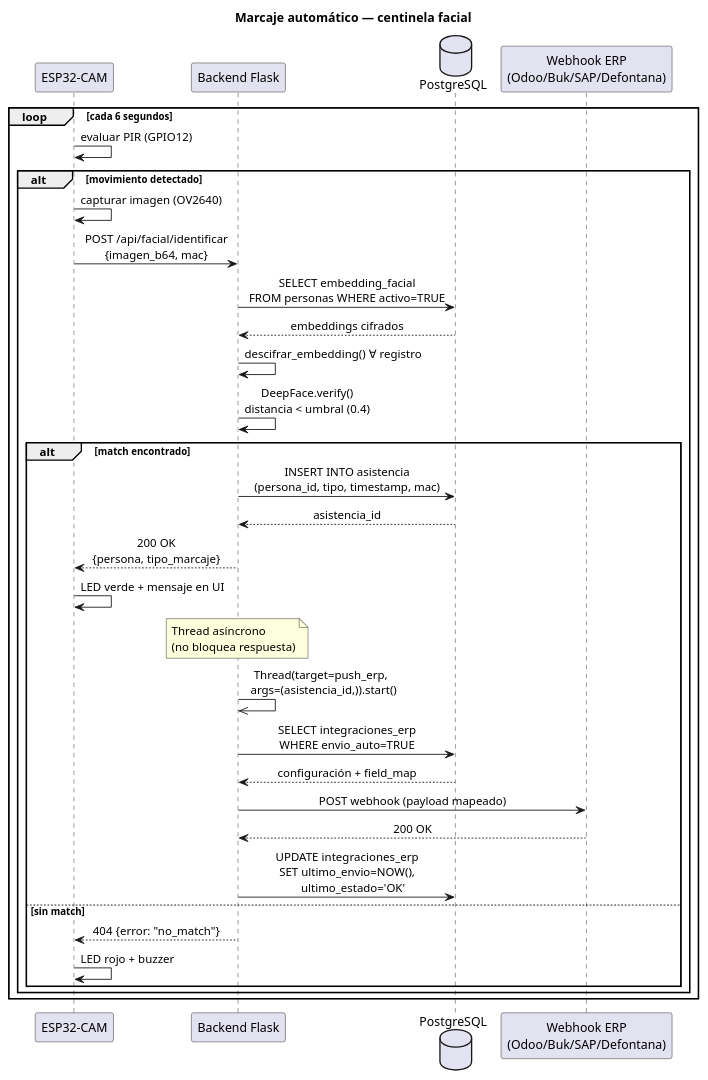
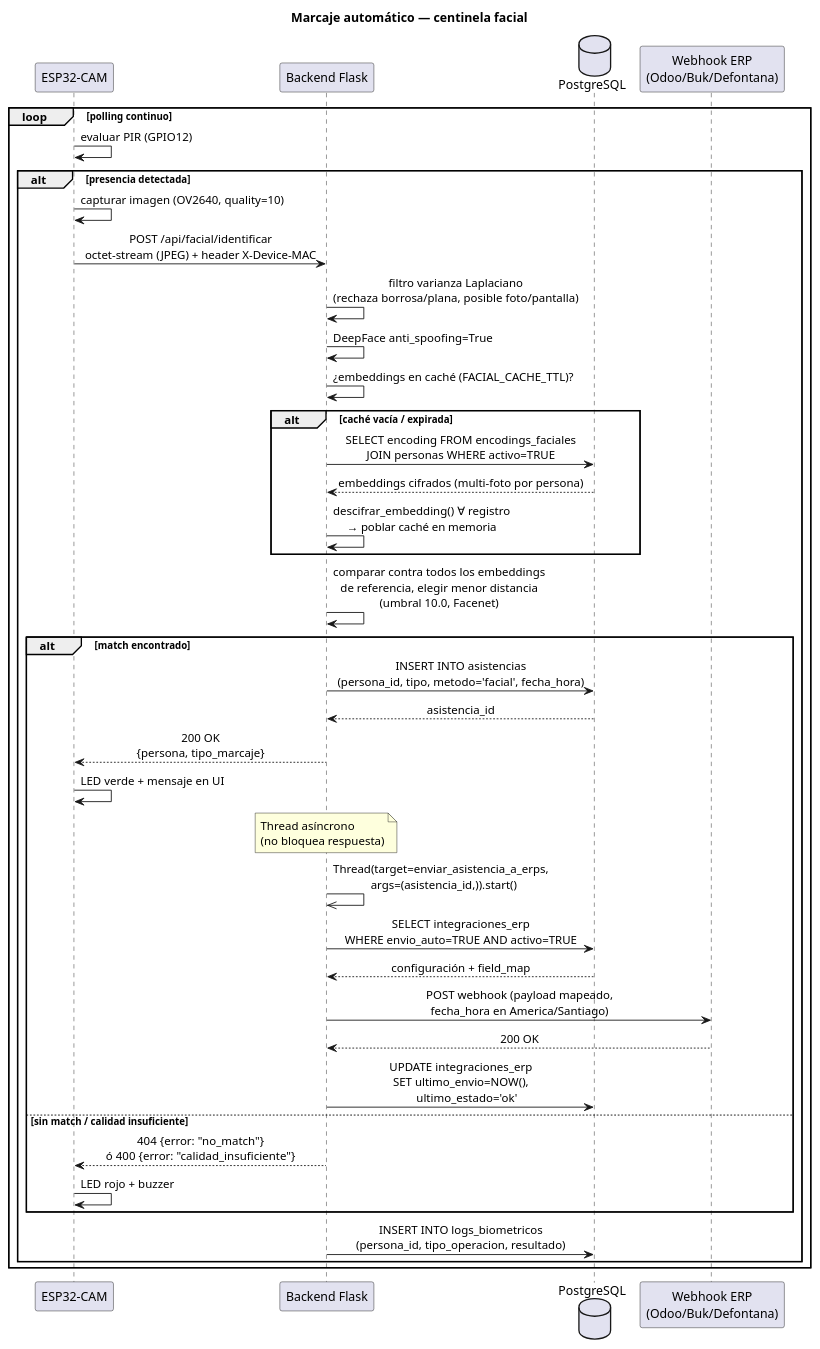
Before and after one commit to BorgTb/AsistenciaBackendFinal: the diagram in Informe/diagrams/02_flujo_marcaje_automatico.puml, drawn with PlantUML. The commit also changed 218 other files, not shown here.

```diff
--- a/Informe/diagrams/02_flujo_marcaje_automatico.puml
+++ b/Informe/diagrams/02_flujo_marcaje_automatico.puml
@@ -1,43 +1,49 @@
 @startuml flujo_marcaje_automatico
 title Marcaje automático — centinela facial
 
 skinparam shadowing false
 skinparam sequenceMessageAlign center
 
 participant "ESP32-CAM" as ESP32
 participant "Backend Flask" as Backend
 database "PostgreSQL" as DB
-participant "Webhook ERP\n(Odoo/Buk/SAP/Defontana)" as ERP
+participant "Webhook ERP\n(Odoo/Buk/Defontana)" as ERP
 
-loop cada 6 segundos
+loop polling continuo
   ESP32 -> ESP32 : evaluar PIR (GPIO12)
-  alt movimiento detectado
-    ESP32 -> ESP32 : capturar imagen (OV2640)
-    ESP32 -> Backend : POST /api/facial/identificar\n{imagen_b64, mac}
+  alt presencia detectada
+    ESP32 -> ESP32 : capturar imagen (OV2640, quality=10)
+    ESP32 -> Backend : POST /api/facial/identificar\noctet-stream (JPEG) + header X-Device-MAC
 
-    Backend -> DB : SELECT embedding_facial\nFROM personas WHERE activo=TRUE
-    DB --> Backend : embeddings cifrados
-    Backend -> Backend : descifrar_embedding() ∀ registro
-    Backend -> Backend : DeepFace.verify()\ndistancia < umbral (0.4)
+    Backend -> Backend : filtro varianza Laplaciano\n(rechaza borrosa/plana, posible foto/pantalla)
+    Backend -> Backend : DeepFace anti_spoofing=True
+    Backend -> Backend : ¿embeddings en caché (FACIAL_CACHE_TTL)?
+    alt caché vacía / expirada
+      Backend -> DB : SELECT encoding FROM encodings_faciales\nJOIN personas WHERE activo=TRUE
+      DB --> Backend : embeddings cifrados (multi-foto por persona)
+      Backend -> Backend : descifrar_embedding() ∀ registro\n→ poblar caché en memoria
+    end
+    Backend -> Backend : comparar contra todos los embeddings\nde referencia, elegir menor distancia\n(umbral 10.0, Facenet)
 
     alt match encontrado
-      Backend -> DB : INSERT INTO asistencia\n(persona_id, tipo, timestamp, mac)
+      Backend -> DB : INSERT INTO asistencias\n(persona_id, tipo, metodo='facial', fecha_hora)
       DB --> Backend : asistencia_id
       Backend --> ESP32 : 200 OK\n{persona, tipo_marcaje}
       ESP32 -> ESP32 : LED verde + mensaje en UI
 
       note over Backend : Thread asíncrono\n(no bloquea respuesta)
-      Backend ->> Backend : Thread(target=push_erp,\n  args=(asistencia_id,)).start()
-      Backend -> DB : SELECT integraciones_erp\nWHERE envio_auto=TRUE
+      Backend ->> Backend : Thread(target=enviar_asistencia_a_erps,\n  args=(asistencia_id,)).start()
+      Backend -> DB : SELECT integraciones_erp\nWHERE envio_auto=TRUE AND activo=TRUE
       DB --> Backend : configuración + field_map
-      Backend -> ERP : POST webhook (payload mapeado)
+      Backend -> ERP : POST webhook (payload mapeado,\nfecha_hora en America/Santiago)
       ERP --> Backend : 200 OK
-      Backend -> DB : UPDATE integraciones_erp\nSET ultimo_envio=NOW(),\n    ultimo_estado='OK'
-    else sin match
-      Backend --> ESP32 : 404 {error: "no_match"}
+      Backend -> DB : UPDATE integraciones_erp\nSET ultimo_envio=NOW(),\n    ultimo_estado='ok'
+    else sin match / calidad insuficiente
+      Backend --> ESP32 : 404 {error: "no_match"}\nó 400 {error: "calidad_insuficiente"}
       ESP32 -> ESP32 : LED rojo + buzzer
     end
+    Backend -> DB : INSERT INTO logs_biometricos\n(persona_id, tipo_operacion, resultado)
   end
 end
 
 @enduml
```
